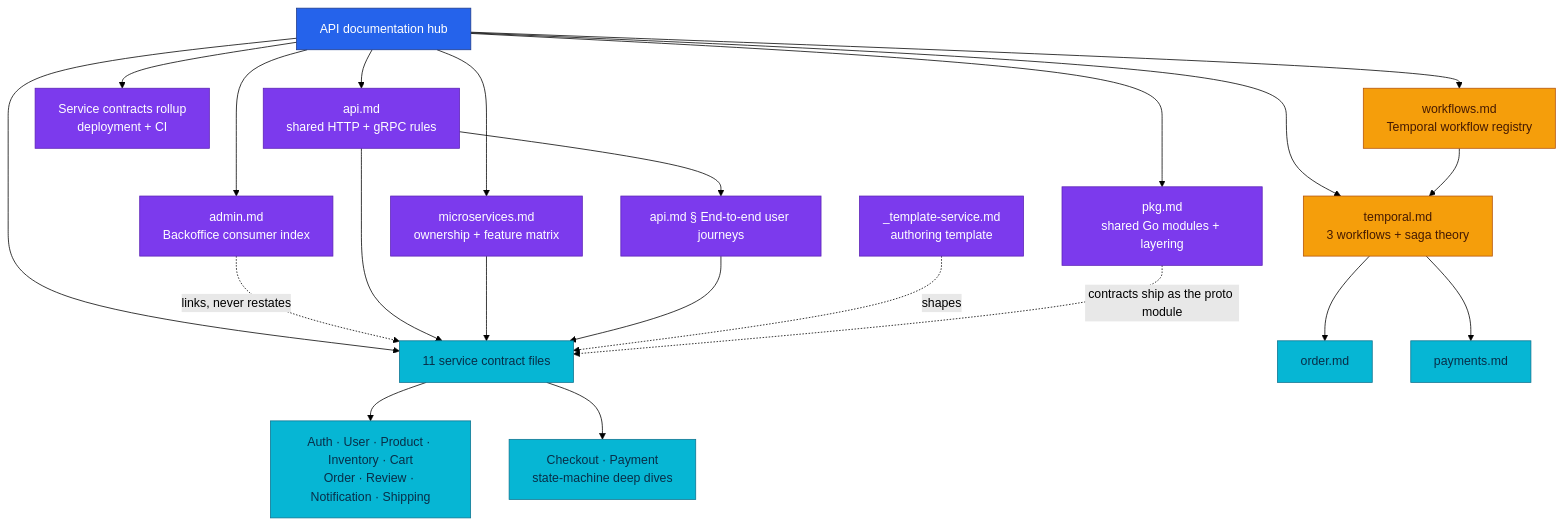
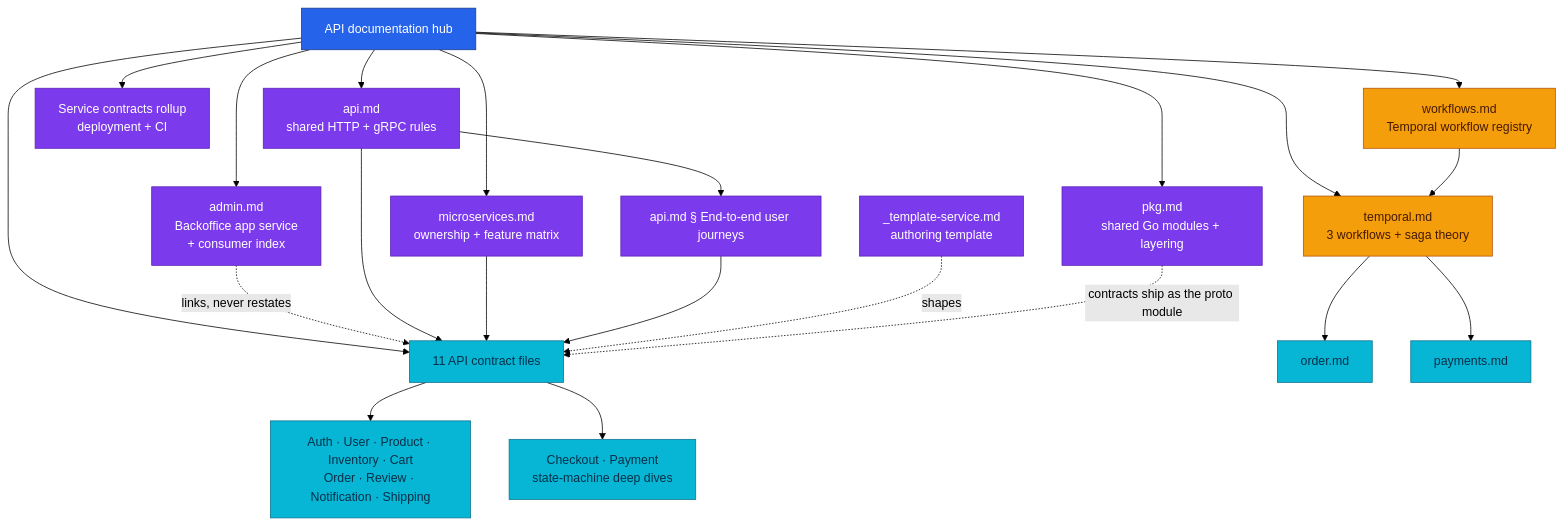
Before and after one commit to duynhlab/homelab: the diagram in docs/api/README.md, drawn with Mermaid (forest theme). The commit also changed other lines of this file and 15 other files, not shown here.

First line of the commit message:
Clarify API contract summary tables

````diff
--- a/docs/api/README.md
+++ b/docs/api/README.md
@@ -15,32 +16,32 @@
 ```mermaid
 flowchart TD
     Hub["API documentation hub"] --> Shared["api.md<br/>shared HTTP + gRPC rules"]
     Hub --> Rollup["Service contracts rollup<br/>deployment + CI"]
     Hub --> Catalog["microservices.md<br/>ownership + feature matrix"]
-    Hub --> Contracts["11 service contract files"]
+    Hub --> Contracts["11 API contract files"]
     Hub --> Workflows["workflows.md<br/>Temporal workflow registry"]
     Hub --> Saga["temporal.md<br/>3 workflows + saga theory"]
     Hub --> Pkg["pkg.md<br/>shared Go modules + layering"]
-    Hub --> Consumer["admin.md<br/>Backoffice consumer index"]
+    Hub --> Consumer["admin.md<br/>Backoffice app service<br/>+ consumer index"]
     Shared --> Journeys["api.md § End-to-end user journeys"]
     Contracts --> Basic["Auth · User · Product · Inventory · Cart<br/>Order · Review · Notification · Shipping"]
     Contracts --> Deep["Checkout · Payment<br/>state-machine deep dives"]
     Consumer -.->|"links, never restates"| Contracts
     Shared --> Contracts
     Catalog --> Contracts
     Journeys --> Contracts
     Workflows --> Saga
     Template["_template-service.md<br/>authoring template"] -.->|"shapes"| Contracts
     Saga --> Order["order.md"]
     Saga --> Payment["payments.md"]
     Pkg -.->|"contracts ship as the proto module"| Contracts
 
     classDef hub fill:#2563eb,color:#fff,stroke:#1e3a8a;
     classDef guide fill:#7c3aed,color:#fff,stroke:#5b21b6;
     classDef contract fill:#06b6d4,color:#082f49,stroke:#0e7490;
     classDef workflow fill:#f59e0b,color:#451a03,stroke:#b45309;
     class Hub hub;
     class Shared,Catalog,Rollup,Journeys,Template,Pkg,Consumer guide;
     class Contracts,Basic,Deep,Order,Payment contract;
     class Saga,Workflows workflow;
 ```
````
